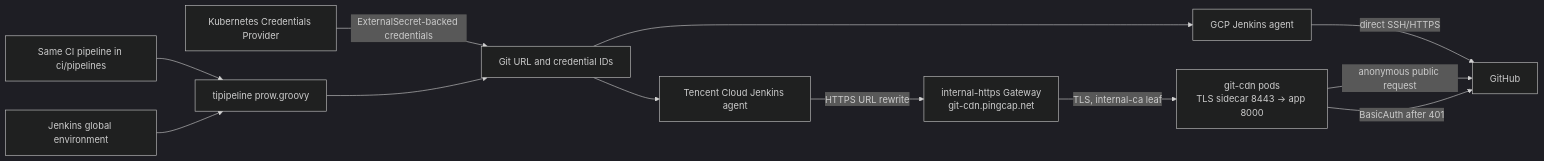
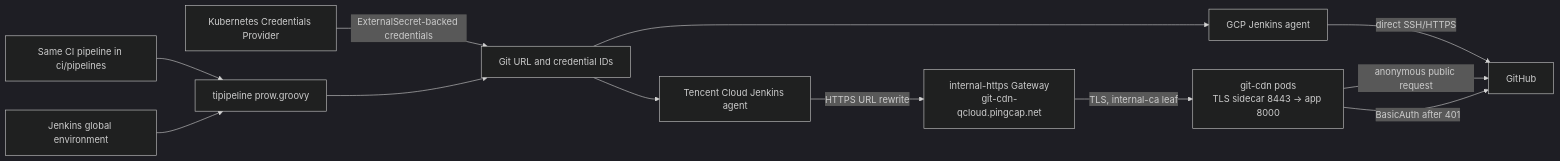
Before and after one commit to PingCAP-QE/ee-ops: the first of 2 diagrams in docs/git-cdn-jenkins-auth.md, drawn with Mermaid (dark theme). The commit also changed other lines of this file and 2 other files, not shown here.

First line of the commit message:
feat(tencentcloud/jenkins): point the CDN rewrites at the cluster-scoped host (#2923)

````diff
--- a/docs/git-cdn-jenkins-auth.md
+++ b/docs/git-cdn-jenkins-auth.md
@@ -8,25 +8,25 @@
 ```mermaid
 flowchart LR
     P[Same CI pipeline in ci/pipelines]
     L[tipipeline prow.groovy]
     E[Jenkins global environment]
     K[Kubernetes Credentials Provider]
     A[Git URL and credential IDs]
     G[GCP Jenkins agent]
     T[Tencent Cloud Jenkins agent]
-    W[internal-https Gateway\ngit-cdn.pingcap.net]
+    W[internal-https Gateway\ngit-cdn-qcloud.pingcap.net]
     C[git-cdn pods\nTLS sidecar 8443 -> app 8000]
     H[GitHub]
 
     P --> L
     E --> L
     K -->|ExternalSecret-backed credentials| A
     L --> A
     A --> G
     A --> T
     G -->|direct SSH/HTTPS| H
     T -->|HTTPS URL rewrite| W
     W -->|TLS, internal-ca leaf| C
     C -->|anonymous public request| H
     C -->|BasicAuth after 401| H
 ```
````
